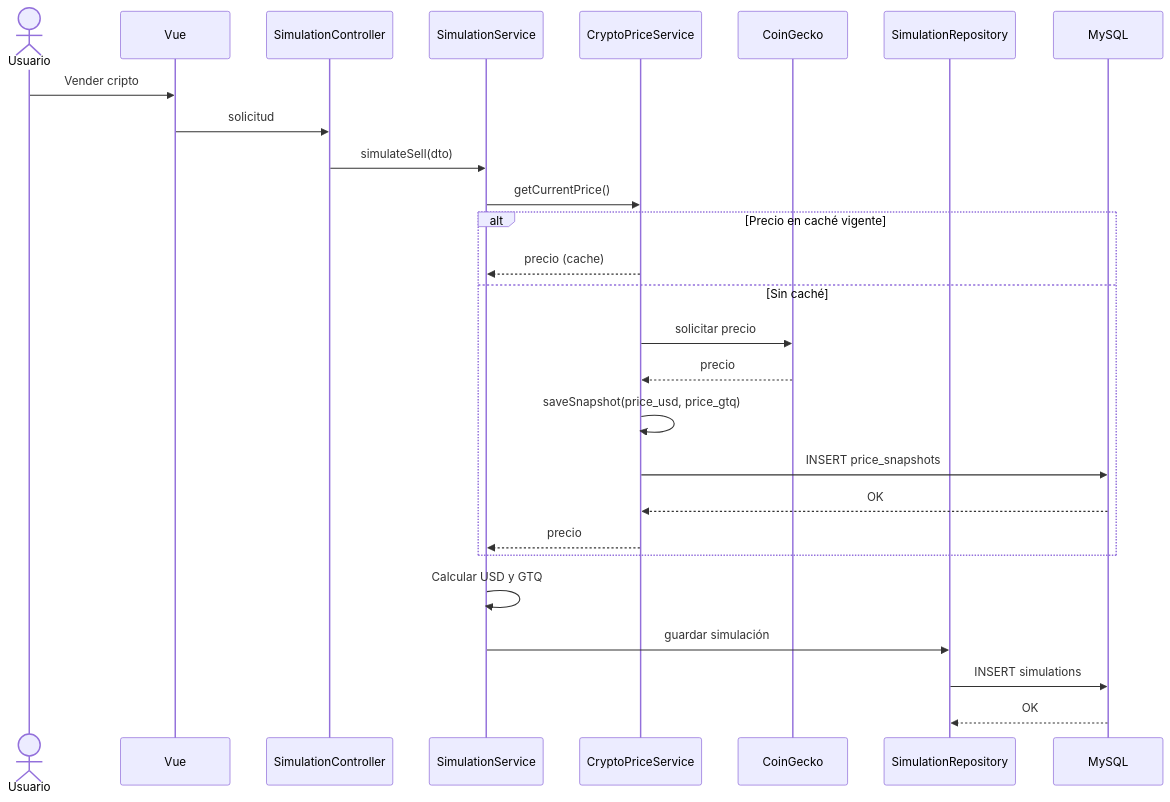
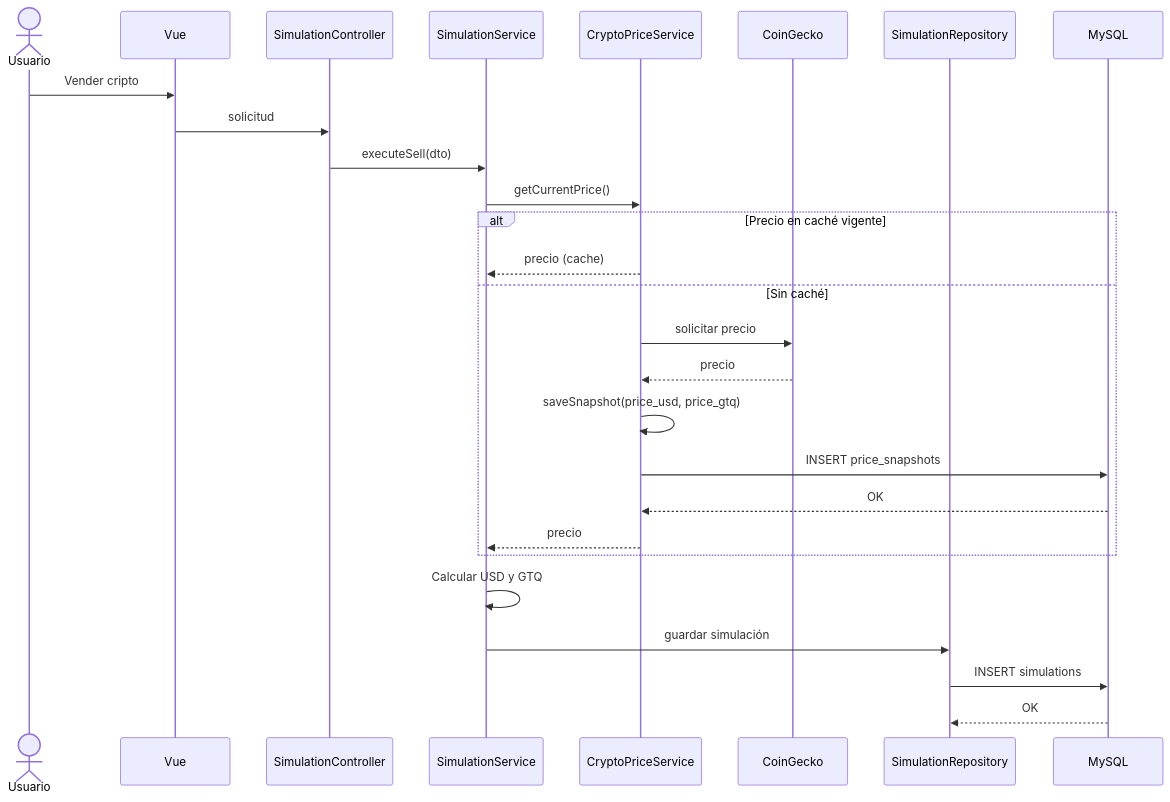
Before and after one commit to fernandocamargo-ae/CoinScope: diagram 12 of 15 in docs/plataforma-simulacion-criptomonedas.md, drawn with Mermaid. The commit also changed other lines of this file and 51 other files, not shown here.

````diff
--- a/docs/plataforma-simulacion-criptomonedas.md
+++ b/docs/plataforma-simulacion-criptomonedas.md
@@ -707,32 +712,32 @@
 ```mermaid
 sequenceDiagram
     actor Usuario
     participant Vue
     participant Ctrl as SimulationController
     participant Svc as SimulationService
     participant Price as CryptoPriceService
     participant API as CoinGecko
     participant Repo as SimulationRepository
     participant DB as MySQL
 
     Usuario->>Vue: Vender cripto
     Vue->>Ctrl: solicitud
-    Ctrl->>Svc: simulateSell(dto)
+    Ctrl->>Svc: executeSell(dto)
     Svc->>Price: getCurrentPrice()
 
     alt Precio en caché vigente
         Price-->>Svc: precio (cache)
     else Sin caché
         Price->>API: solicitar precio
         API-->>Price: precio
         Price->>Price: saveSnapshot(price_usd, price_gtq)
         Price->>DB: INSERT price_snapshots
         DB-->>Price: OK
         Price-->>Svc: precio
     end
 
     Svc->>Svc: Calcular USD y GTQ
     Svc->>Repo: guardar simulación
     Repo->>DB: INSERT simulations
     DB-->>Repo: OK
 ```
````
